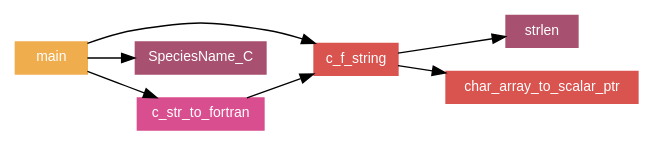
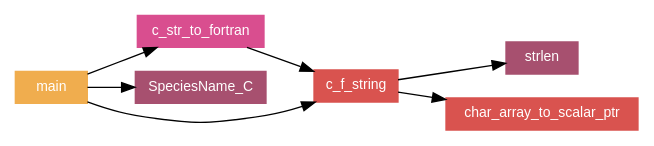
One commit to sourceryinstitute/fidbits changed the diagram in src/interoperable-strings/img/call~~graph~~CallGraph.gv. Above: the diagram before and after it, drawn with Graphviz. The commit also changed other lines of this file and 10 other files, not shown here.

```diff
--- a/src/interoperable-strings/img/call~~graph~~CallGraph.gv
+++ b/src/interoperable-strings/img/call~~graph~~CallGraph.gv
@@ -1,19 +1,19 @@
 digraph "call~~graph~~CallGraph" {
 	graph [concentrate=true id="call~~graph~~CallGraph" rankdir=LR size="8.90625,1000.0"]
 	node [fontname=Helvetica fontsize=10.5 height=0.0 margin=0.08 shape=box]
 	edge [fontname=Helvetica fontsize=9.5]
+		"proc~c_str_to_fortran" [label=c_str_to_fortran URL="../proc/c_str_to_fortran.html" color="#d94e8f" fontcolor=white style=filled]
+		"interface~speciesname_c" [label=SpeciesName_C URL="../interface/speciesname_c.html" color="#A7506F" fontcolor=white style=filled]
 		"proc~c_f_string" [label=c_f_string URL="../proc/c_f_string.html" color="#d9534f" fontcolor=white style=filled]
-		"interface~speciesname_c" [label=SpeciesName_C URL="../interface/speciesname_c.html" color="#A7506F" fontcolor=white style=filled]
-		"proc~c_str_to_fortran" [label=c_str_to_fortran URL="../proc/c_str_to_fortran.html" color="#d94e8f" fontcolor=white style=filled]
 		"interface~strlen" [label=strlen URL="../interface/strlen.html" color="#A7506F" fontcolor=white style=filled]
 		"program~main" [label=main URL="../program/main.html" color="#f0ad4e" fontcolor=white style=filled]
 		graph [size="11.875,1000.0"]
 		graph [concentrate=false]
+			"proc~c_str_to_fortran" -> "proc~c_f_string" [color="#000000"]
 			"proc~c_f_string" -> "interface~strlen" [color="#000000"]
 		"none~char_array_to_scalar_ptr" [label=char_array_to_scalar_ptr color="#d9534f" fontcolor=white style=filled]
 			"proc~c_f_string" -> "none~char_array_to_scalar_ptr" [color="#000000"]
-			"proc~c_str_to_fortran" -> "proc~c_f_string" [color="#000000"]
 			"program~main" -> "proc~c_str_to_fortran" [color="#000000"]
 			"program~main" -> "interface~speciesname_c" [color="#000000"]
 			"program~main" -> "proc~c_f_string" [color="#000000"]
 }
```
